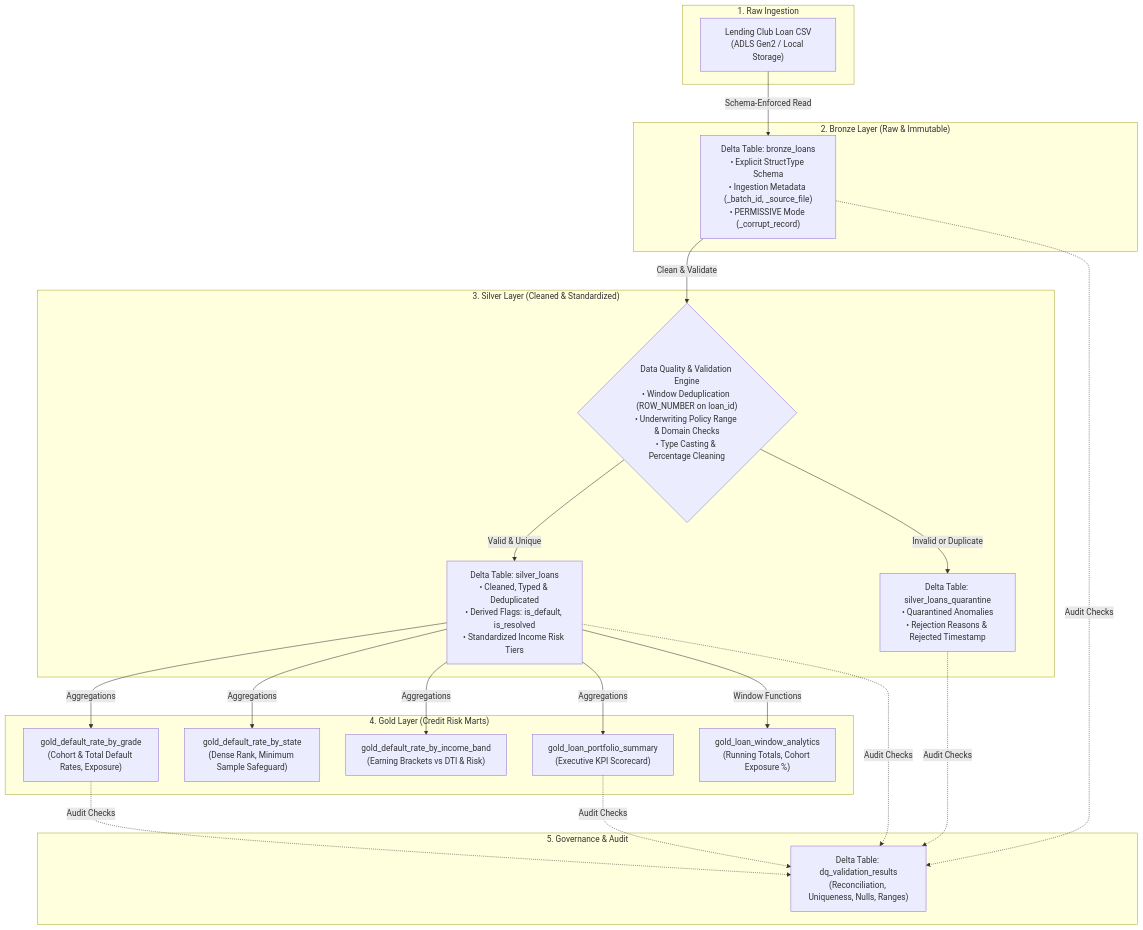
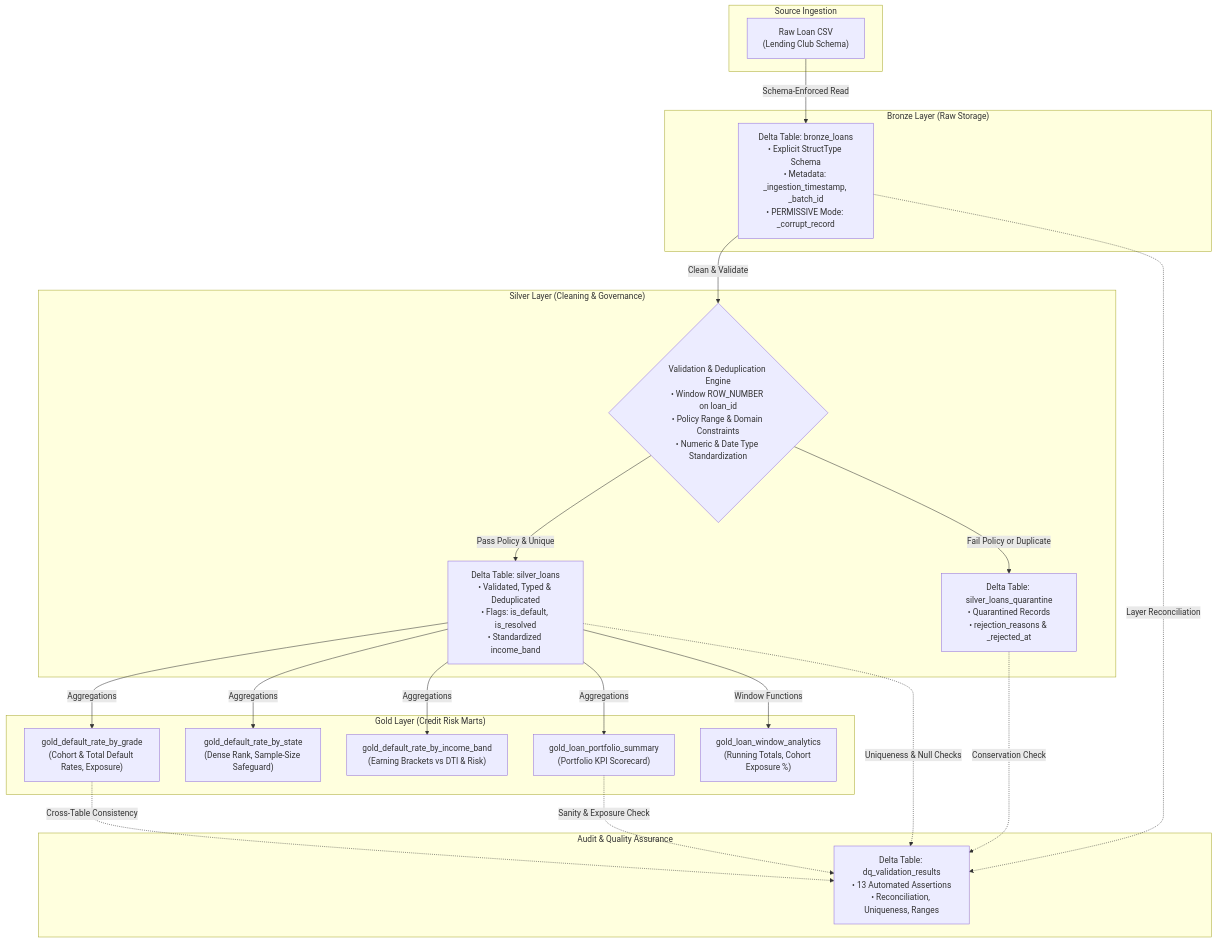
One commit to ramsedhiraj/Credit-Risk-Data-Lakehouse changed the diagram in README.md. Above: the diagram before and after it, drawn with Mermaid. The commit also changed other lines of this file, not shown here.

Commit message:
docs: revise README with verified metrics, strict schema documentation, and recruiter-focused structure

````diff
--- a/README.md
+++ b/README.md
@@ -33,43 +44,43 @@
 ```mermaid
 flowchart TD
-    subgraph Ingestion ["1. Raw Ingestion"]
-        A["Lending Club Loan CSV<br/>(ADLS Gen2 / Local Storage)"]
+    subgraph Ingestion ["Source Ingestion"]
+        A["Raw Loan CSV<br/>(Lending Club Schema)"]
     end
 
-    subgraph Bronze ["2. Bronze Layer (Raw & Immutable)"]
-        B["Delta Table: bronze_loans<br/>• Explicit StructType Schema<br/>• Ingestion Metadata (_batch_id, _source_file)<br/>• PERMISSIVE Mode (_corrupt_record)"]
+    subgraph Bronze ["Bronze Layer (Raw Storage)"]
+        B["Delta Table: bronze_loans<br/>• Explicit StructType Schema<br/>• Metadata: _ingestion_timestamp, _batch_id<br/>• PERMISSIVE Mode: _corrupt_record"]
     end
 
-    subgraph Silver ["3. Silver Layer (Cleaned & Standardized)"]
-        C{"Data Quality & Validation Engine<br/>• Window Deduplication (ROW_NUMBER on loan_id)<br/>• Underwriting Policy Range & Domain Checks<br/>• Type Casting & Percentage Cleaning"}
-        D["Delta Table: silver_loans<br/>• Cleaned, Typed & Deduplicated<br/>• Derived Flags: is_default, is_resolved<br/>• Standardized Income Risk Tiers"]
-        E["Delta Table: silver_loans_quarantine<br/>• Quarantined Anomalies<br/>• Rejection Reasons & Rejected Timestamp"]
+    subgraph Silver ["Silver Layer (Cleaning & Governance)"]
+        C{"Validation & Deduplication Engine<br/>• Window ROW_NUMBER on loan_id<br/>• Policy Range & Domain Constraints<br/>• Numeric & Date Type Standardization"}
+        D["Delta Table: silver_loans<br/>• Validated, Typed & Deduplicated<br/>• Flags: is_default, is_resolved<br/>• Standardized income_band"]
+        E["Delta Table: silver_loans_quarantine<br/>• Quarantined Records<br/>• rejection_reasons & _rejected_at"]
     end
 
-    subgraph Gold ["4. Gold Layer (Credit Risk Marts)"]
+    subgraph Gold ["Gold Layer (Credit Risk Marts)"]
         F["gold_default_rate_by_grade<br/>(Cohort & Total Default Rates, Exposure)"]
-        G["gold_default_rate_by_state<br/>(Dense Rank, Minimum Sample Safeguard)"]
+        G["gold_default_rate_by_state<br/>(Dense Rank, Sample-Size Safeguard)"]
         H["gold_default_rate_by_income_band<br/>(Earning Brackets vs DTI & Risk)"]
-        I["gold_loan_portfolio_summary<br/>(Executive KPI Scorecard)"]
+        I["gold_loan_portfolio_summary<br/>(Portfolio KPI Scorecard)"]
         J["gold_loan_window_analytics<br/>(Running Totals, Cohort Exposure %)"]
     end
 
-    subgraph Audit ["5. Governance & Audit"]
-        K["Delta Table: dq_validation_results<br/>(Reconciliation, Uniqueness, Nulls, Ranges)"]
+    subgraph Audit ["Audit & Quality Assurance"]
+        K["Delta Table: dq_validation_results<br/>• 13 Automated Assertions<br/>• Reconciliation, Uniqueness, Ranges"]
     end
 
     A -->|Schema-Enforced Read| B
     B -->|Clean & Validate| C
-    C -->|Valid & Unique| D
-    C -->|Invalid or Duplicate| E
+    C -->|Pass Policy & Unique| D
+    C -->|Fail Policy or Duplicate| E
     D -->|Aggregations| F
     D -->|Aggregations| G
     D -->|Aggregations| H
     D -->|Aggregations| I
     D -->|Window Functions| J
-    B -.->|Audit Checks| K
-    D -.->|Audit Checks| K
-    E -.->|Audit Checks| K
-    F -.->|Audit Checks| K
-    I -.->|Audit Checks| K
+    B -.->|Layer Reconciliation| K
+    D -.->|Uniqueness & Null Checks| K
+    E -.->|Conservation Check| K
+    F -.->|Cross-Table Consistency| K
+    I -.->|Sanity & Exposure Check| K
 ```
````
